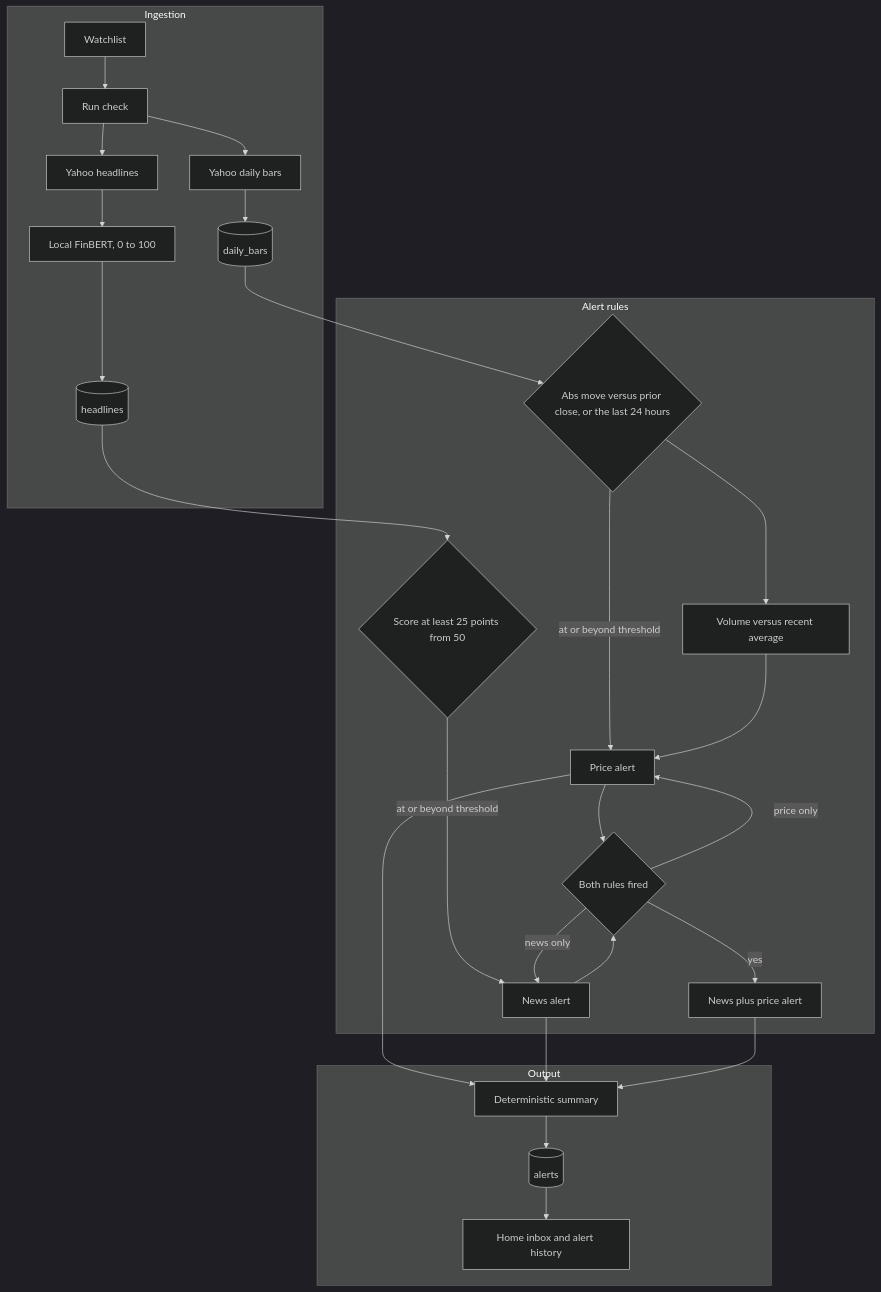
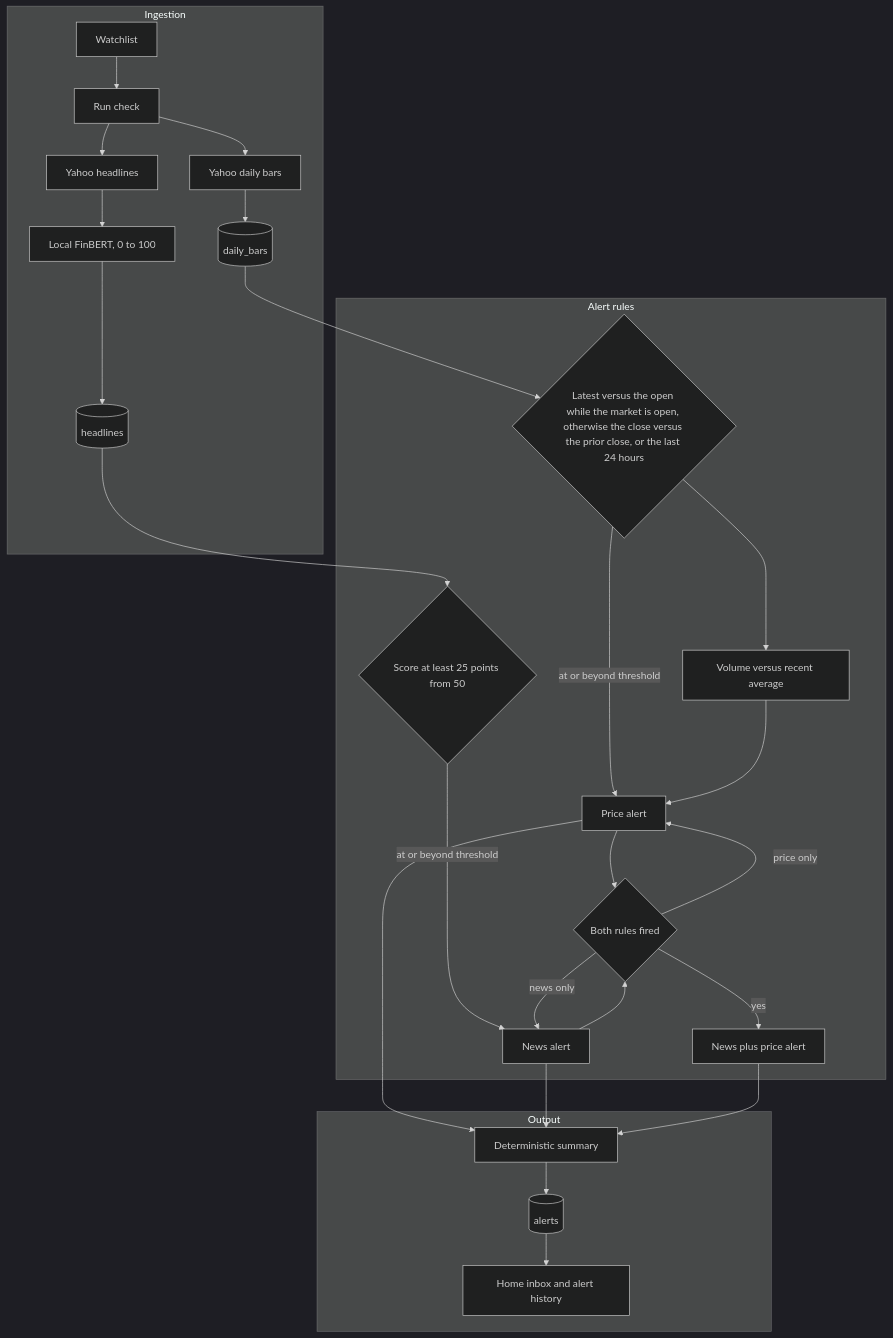
The first of 5 diagrams in docs/architecture.md (sameerde4/ticker-alert-system), drawn with Mermaid (dark theme) before and after one commit. The commit also changed other lines of this file and 3 other files, not shown here.

Commit message:
Document slices, sectors, rebuild paging, and a check during market hours.

````diff
--- a/docs/architecture.md
+++ b/docs/architecture.md
@@ -73,33 +73,33 @@
 ```mermaid
 flowchart TB
     subgraph ingest [Ingestion]
         WL[Watchlist] --> RUN[Run check]
         RUN --> PX[Yahoo daily bars]
         RUN --> NW[Yahoo headlines]
         PX --> BARS[(daily_bars)]
         NW --> SCORE[Local FinBERT, 0 to 100]
         SCORE --> NEWS[(headlines)]
     end
 
     subgraph rules [Alert rules]
-        BARS --> PRICE{Abs move versus prior close, or the last 24 hours}
+        BARS --> PRICE{Latest versus the open while the market is open, otherwise the close versus the prior close, or the last 24 hours}
         PRICE -->|at or beyond threshold| PA[Price alert]
         PRICE --> VOL[Volume versus recent average]
         VOL --> PA
         NEWS --> NA{Score at least 25 points from 50}
         NA -->|at or beyond threshold| NEWSALERT[News alert]
         PA --> ONE{Both rules fired}
         NEWSALERT --> ONE
         ONE -->|yes| FA[News plus price alert]
         ONE -->|price only| PA
         ONE -->|news only| NEWSALERT
     end
 
     subgraph out [Output]
         PA --> SUM[Deterministic summary]
         NEWSALERT --> SUM
         FA --> SUM
         SUM --> ALERTS[(alerts)]
         ALERTS --> UI[Home inbox and alert history]
     end
 ```
````
